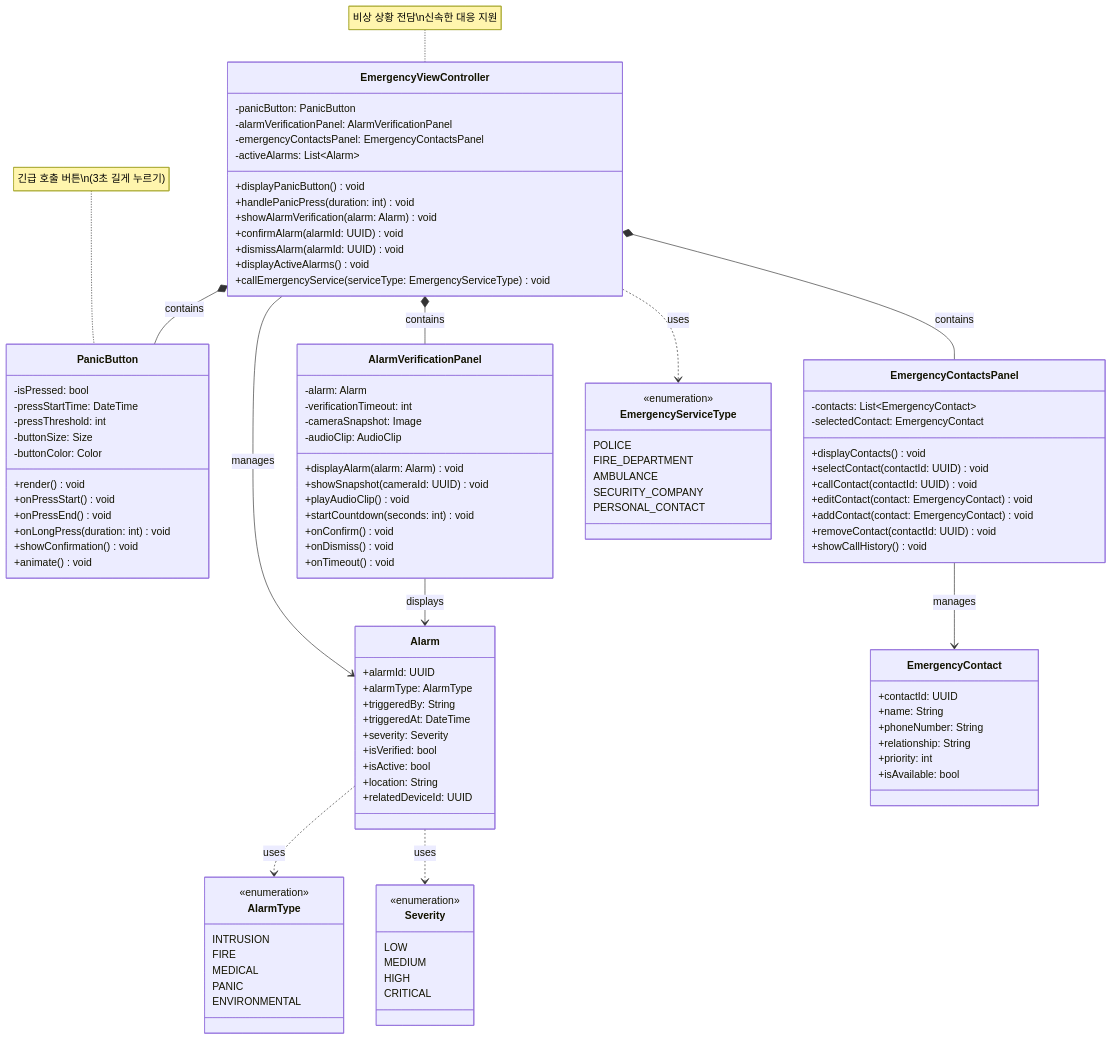
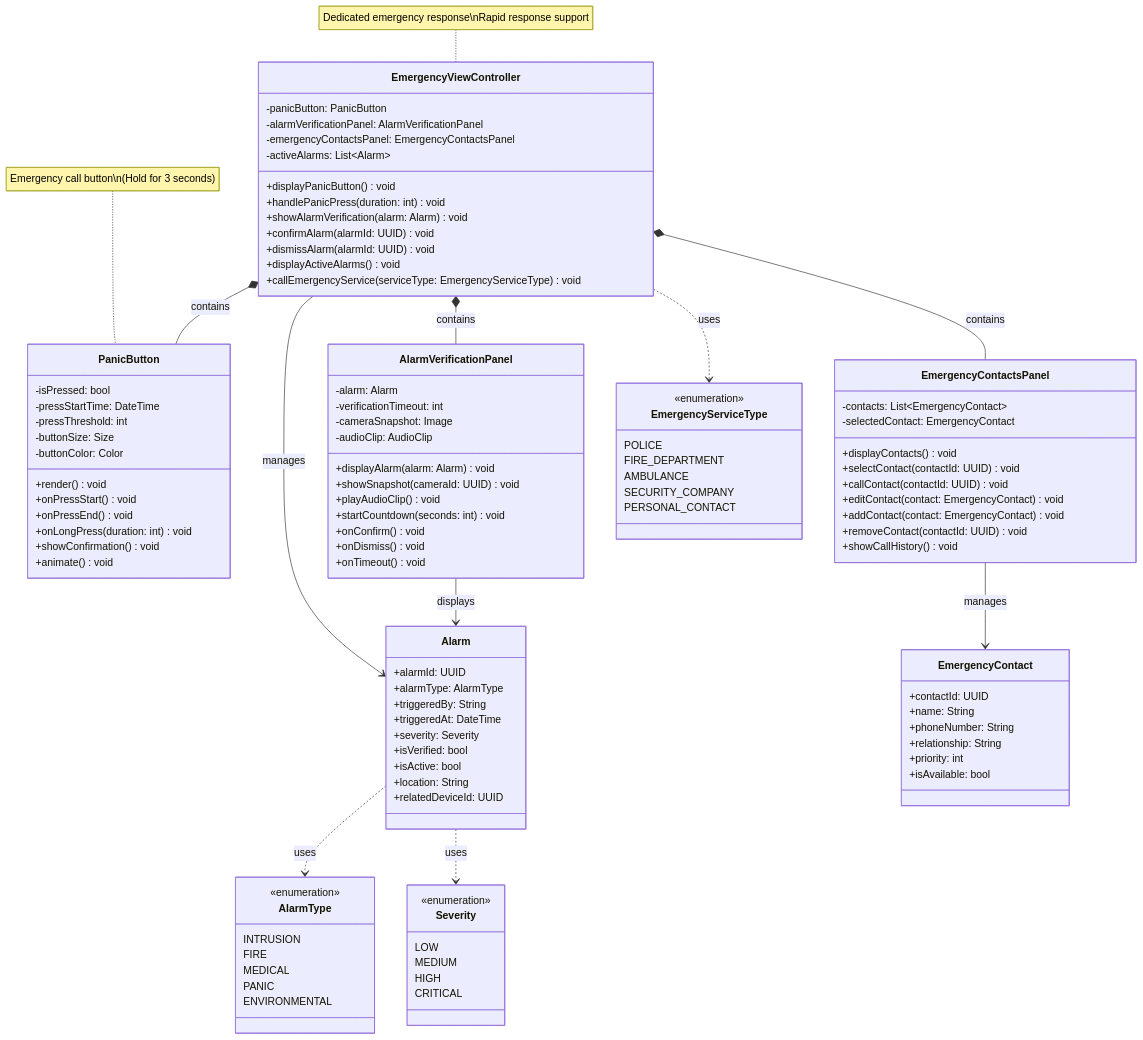
Before and after one commit to mj010101/swe_25f: the sixth of 12 diagrams in diagrams/presentation_class_diagram.md, drawn with Mermaid. The commit also changed other lines of this file, not shown here.

Commit message:
refine presentation class diagram

````diff
--- a/diagrams/presentation_class_diagram.md
+++ b/diagrams/presentation_class_diagram.md
@@ -699,6 +699,6 @@
     Alarm ..> Severity : uses
     EmergencyViewController ..> EmergencyServiceType : uses
 
-    note for EmergencyViewController "비상 상황 전담\n신속한 대응 지원"
-    note for PanicButton "긴급 호출 버튼\n(3초 길게 누르기)"
+    note for EmergencyViewController "Dedicated emergency response\nRapid response support"
+    note for PanicButton "Emergency call button\n(Hold for 3 seconds)"
 ```
````
